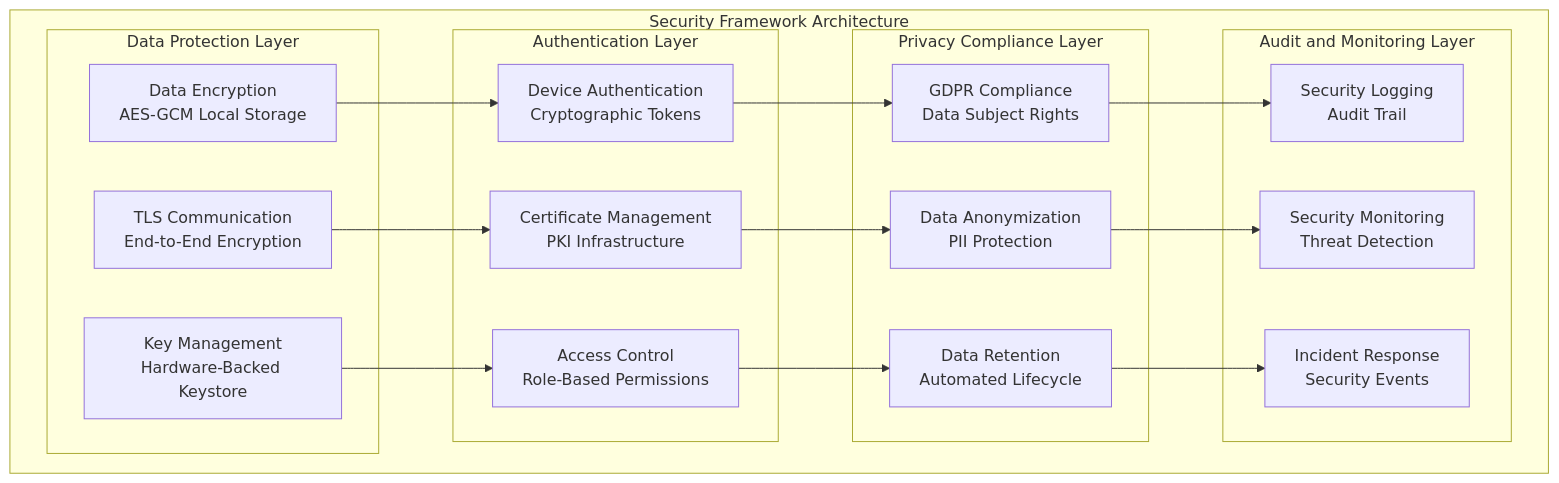
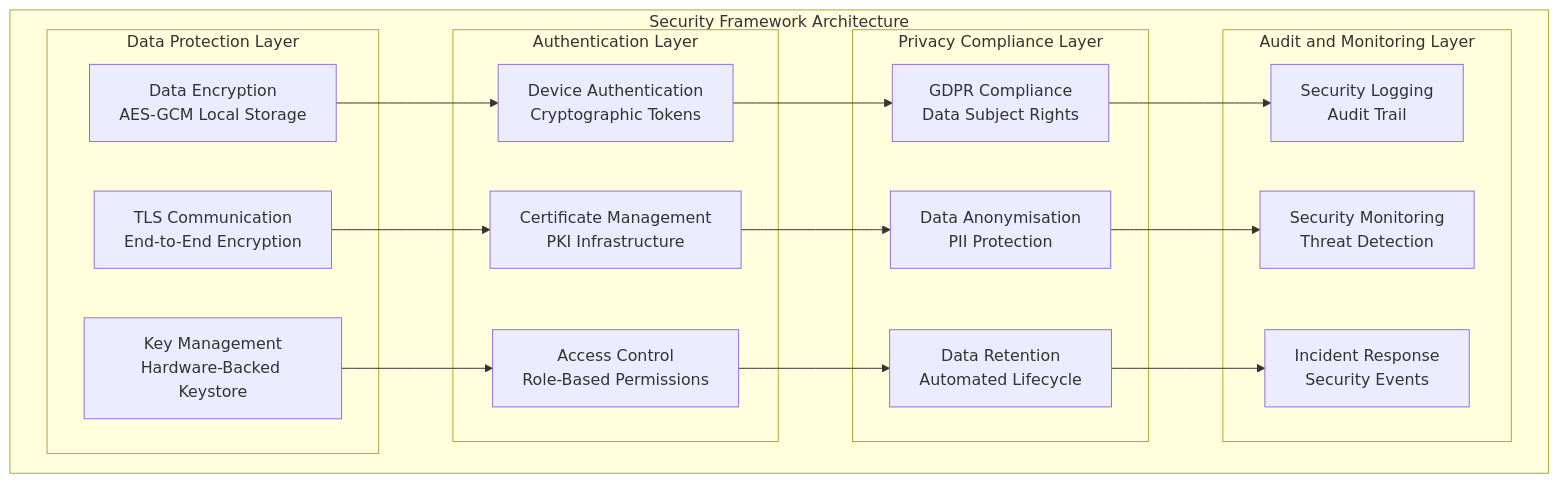
Before and after one commit to buccancs/fyp-multi-sensor-recording-system: the fourth of 9 diagrams in architecture.md, drawn with Mermaid. The commit also changed other lines of this file and 67 other files, not shown here.

````diff
--- a/architecture.md
+++ b/architecture.md
@@ -412,40 +412,40 @@
 ```mermaid
 graph TB
     subgraph "Security Framework Architecture"
         subgraph "Data Protection Layer"
             ENC[Data Encryption<br/>AES-GCM Local Storage]
             TLS_SEC[TLS Communication<br/>End-to-End Encryption]
             KEY[Key Management<br/>Hardware-Backed Keystore]
         end
         
         subgraph "Authentication Layer"
             AUTH[Device Authentication<br/>Cryptographic Tokens]
             CERT[Certificate Management<br/>PKI Infrastructure]
             ACCESS[Access Control<br/>Role-Based Permissions]
         end
         
         subgraph "Privacy Compliance Layer"
             GDPR[GDPR Compliance<br/>Data Subject Rights]
-            ANON[Data Anonymization<br/>PII Protection]
+            ANON[Data Anonymisation<br/>PII Protection]
             RETENTION[Data Retention<br/>Automated Lifecycle]
         end
         
         subgraph "Audit and Monitoring Layer"
             LOG[Security Logging<br/>Audit Trail]
             MONITOR[Security Monitoring<br/>Threat Detection]
             INCIDENT[Incident Response<br/>Security Events]
         end
     end
     
     ENC --> AUTH
     TLS_SEC --> CERT
     KEY --> ACCESS
     
     AUTH --> GDPR
     CERT --> ANON
     ACCESS --> RETENTION
     
     GDPR --> LOG
     ANON --> MONITOR
     RETENTION --> INCIDENT
 ```
````
